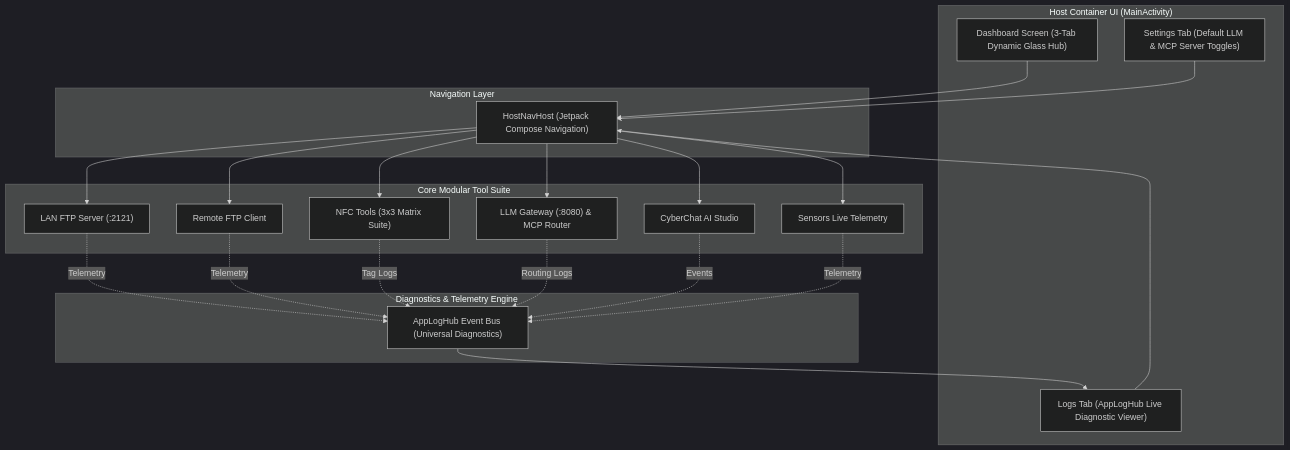
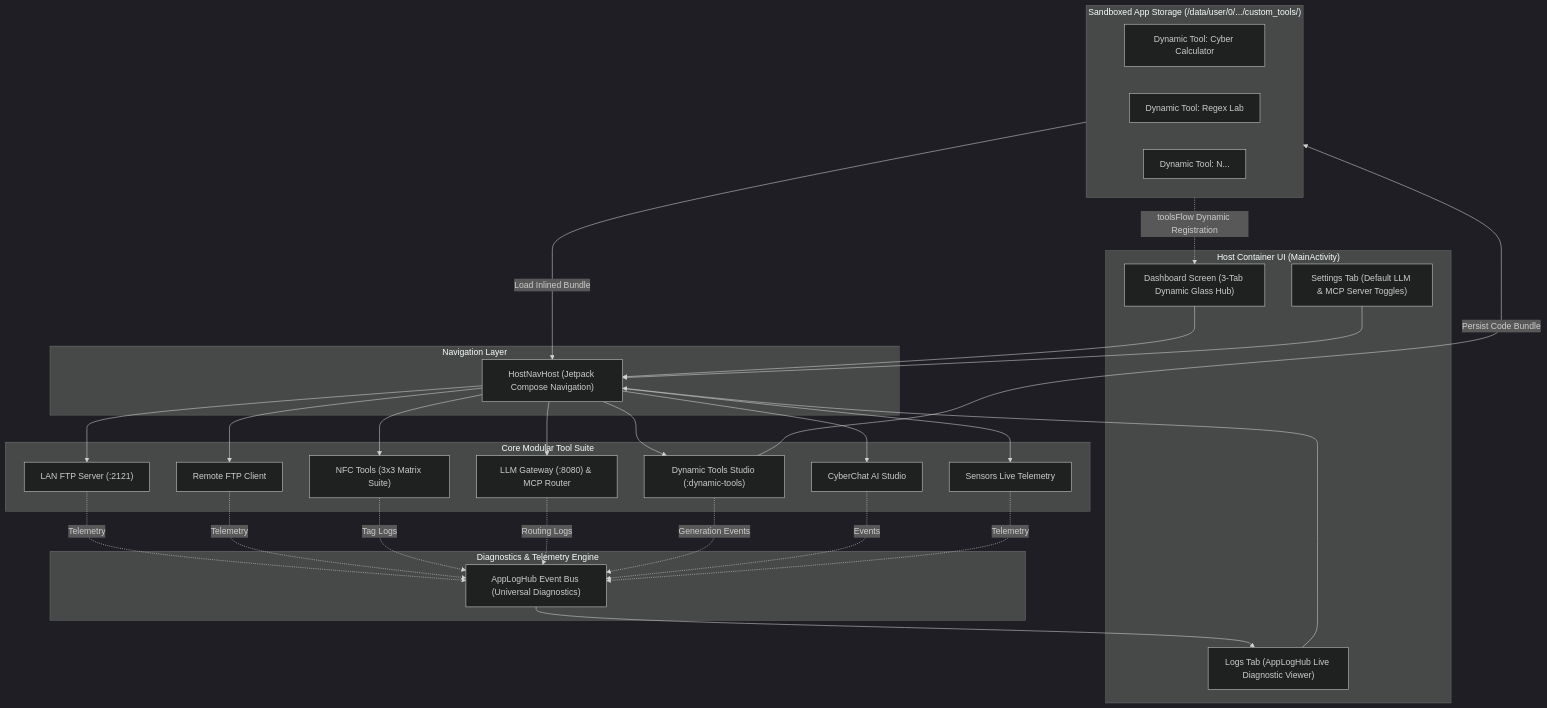
One commit to pritamprasd/moaa changed the first of 4 diagrams in README.md. Above: the diagram before and after it, drawn with Mermaid (dark theme). The commit also changed other lines of this file and 29 other files, not shown here.

Commit message:
feat: add dynamic-tools module with runner UI, LLM client, and storage seeding

````diff
--- a/README.md
+++ b/README.md
@@ -60,43 +67,56 @@
 ```mermaid
 graph TD
     subgraph HostContainer["Host Container UI (MainActivity)"]
         Dashboard["Dashboard Screen (3-Tab Dynamic Glass Hub)"]
         Settings["Settings Tab (Default LLM & MCP Server Toggles)"]
         LogViewer["Logs Tab (AppLogHub Live Diagnostic Viewer)"]
     end
 
     subgraph Navigation["Navigation Layer"]
         HostNavHost["HostNavHost (Jetpack Compose Navigation)"]
     end
 
     subgraph CoreTools["Core Modular Tool Suite"]
         FtpServer["LAN FTP Server (:2121)"]
         FtpClient["Remote FTP Client"]
         NfcTools["NFC Tools (3x3 Matrix Suite)"]
         LlmGateway["LLM Gateway (:8080) & MCP Router"]
+        DynamicStudio["Dynamic Tools Studio (:dynamic-tools)"]
         CyberChat["CyberChat AI Studio"]
         Sensors["Sensors Live Telemetry"]
+    end
+
+    subgraph DynamicStorage["Sandboxed App Storage (/data/user/0/.../custom_tools/)"]
+        CustomApp1["Dynamic Tool: Cyber Calculator"]
+        CustomApp2["Dynamic Tool: Regex Lab"]
+        CustomAppN["Dynamic Tool: N..."]
     end
 
     subgraph Diagnostics["Diagnostics & Telemetry Engine"]
         AppLogHub["AppLogHub Event Bus (Universal Diagnostics)"]
     end
 
     Dashboard --> HostNavHost
     Settings --> HostNavHost
     LogViewer --> HostNavHost
     HostNavHost --> FtpServer
     HostNavHost --> FtpClient
     HostNavHost --> NfcTools
     HostNavHost --> LlmGateway
+    HostNavHost --> DynamicStudio
     HostNavHost --> CyberChat
     HostNavHost --> Sensors
+
+    DynamicStudio -->|Persist Code Bundle| DynamicStorage
+    DynamicStorage -.->|toolsFlow Dynamic Registration| Dashboard
+    DynamicStorage -->|Load Inlined Bundle| HostNavHost
 
     FtpServer -.->|Telemetry| AppLogHub
     FtpClient -.->|Telemetry| AppLogHub
     NfcTools -.->|Tag Logs| AppLogHub
     LlmGateway -.->|Routing Logs| AppLogHub
+    DynamicStudio -.->|Generation Events| AppLogHub
     CyberChat -.->|Events| AppLogHub
     Sensors -.->|Telemetry| AppLogHub
     AppLogHub --> LogViewer
 ```
````
